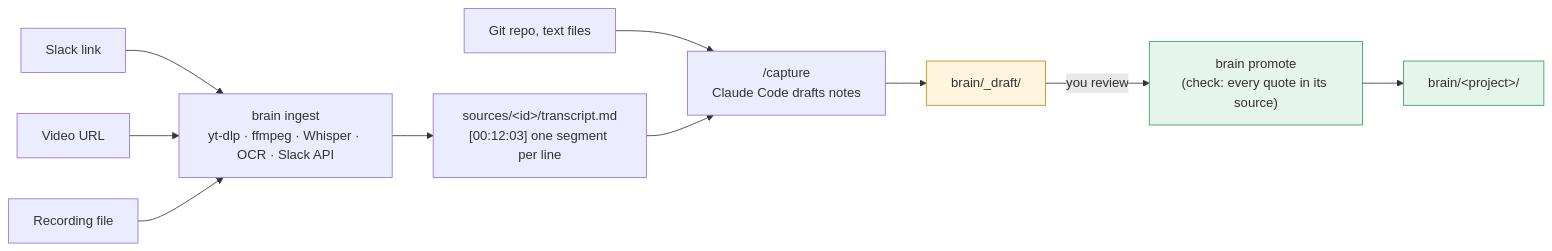
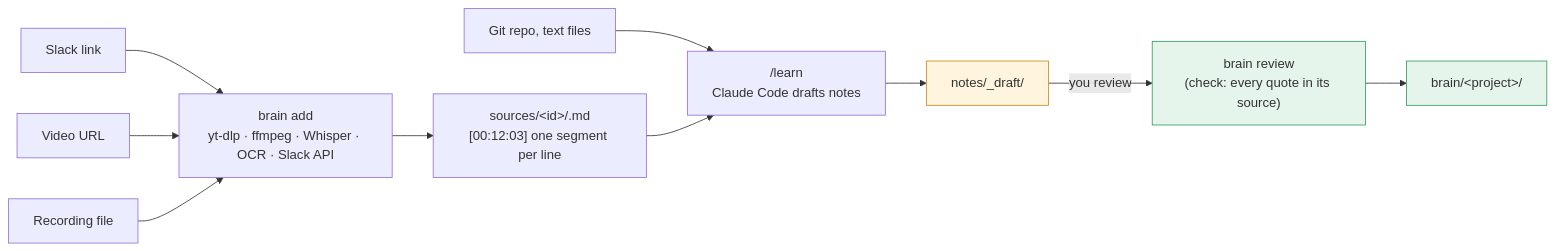
Before and after one commit to hhovhann/second-brain: the second of 2 diagrams in docs/ARCHITECTURE.md, drawn with Mermaid. The commit also changed other lines of this file and 45 other files, not shown here.

First line of the commit message:
Simplify: your brain is its own folder; three steps (add, review, ask)

````diff
--- a/docs/ARCHITECTURE.md
+++ b/docs/ARCHITECTURE.md
@@ -38,15 +38,15 @@
 ```mermaid
 flowchart LR
     A["Slack link"] --> I
     B["Video URL"] --> I
     C["Recording file"] --> I
-    I["brain ingest<br/>yt-dlp · ffmpeg · Whisper · OCR · Slack API"] --> T["sources/&lt;id&gt;/transcript.md<br/>[00:12:03] one segment per line"]
+    I["brain add<br/>yt-dlp · ffmpeg · Whisper · OCR · Slack API"] --> T["sources/&lt;id&gt;/<id>.md<br/>[00:12:03] one segment per line"]
     G["Git repo, text files"] --> K
-    T --> K["/capture<br/>Claude Code drafts notes"]
-    K --> D["brain/_draft/"]
-    D -->|"you review"| P["brain promote<br/>(check: every quote in its source)"]
+    T --> K["/learn<br/>Claude Code drafts notes"]
+    K --> D["notes/_draft/"]
+    D -->|"you review"| P["brain review<br/>(check: every quote in its source)"]
     P --> N["brain/&lt;project&gt;/"]
     style D fill:#fff4de,stroke:#c98a14
     style N fill:#e5f5ec,stroke:#2f9e5f
     style P fill:#e5f5ec,stroke:#2f9e5f
 ```
````
